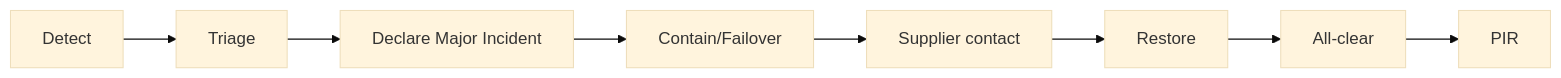
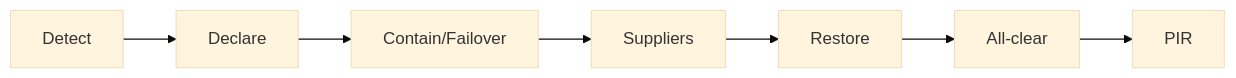
The diagram in docs/03-operational-readiness.md (itsimonfredlingjack/nordiq-sejfa), drawn with Mermaid (base theme) before and after one commit. The commit also changed other lines of this file and 3 other files, not shown here.

````diff
--- a/docs/03-operational-readiness.md
+++ b/docs/03-operational-readiness.md
@@ -75,10 +24,9 @@
 ```mermaid
 flowchart LR
-    A["Detect"] --> B["Triage"]
-    B --> C["Declare Major Incident"]
-    C --> D["Contain/Failover"]
-    D --> E["Supplier contact"]
-    E --> F["Restore"]
-    F --> G["All-clear"]
-    G --> H["PIR"]
+    A["Detect"] --> B["Declare"]
+    B --> C["Contain/Failover"]
+    C --> D["Suppliers"]
+    D --> E["Restore"]
+    E --> F["All-clear"]
+    F --> G["PIR"]
 ```
````
